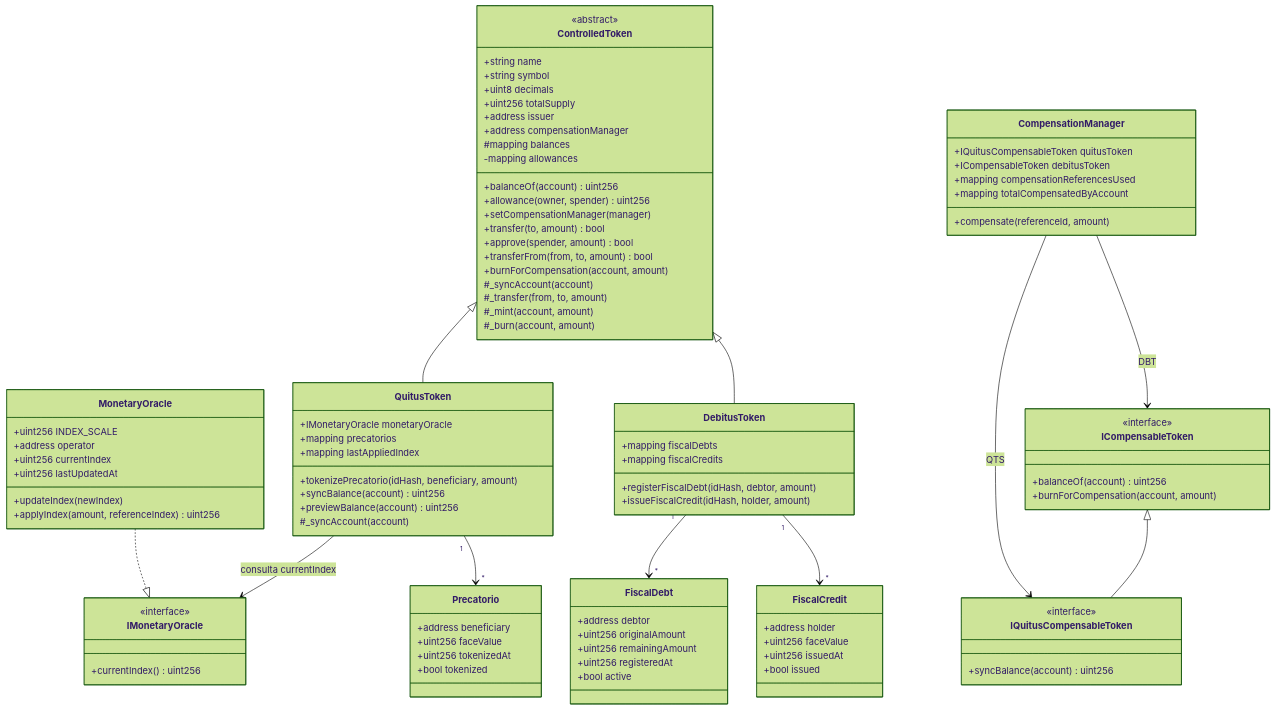
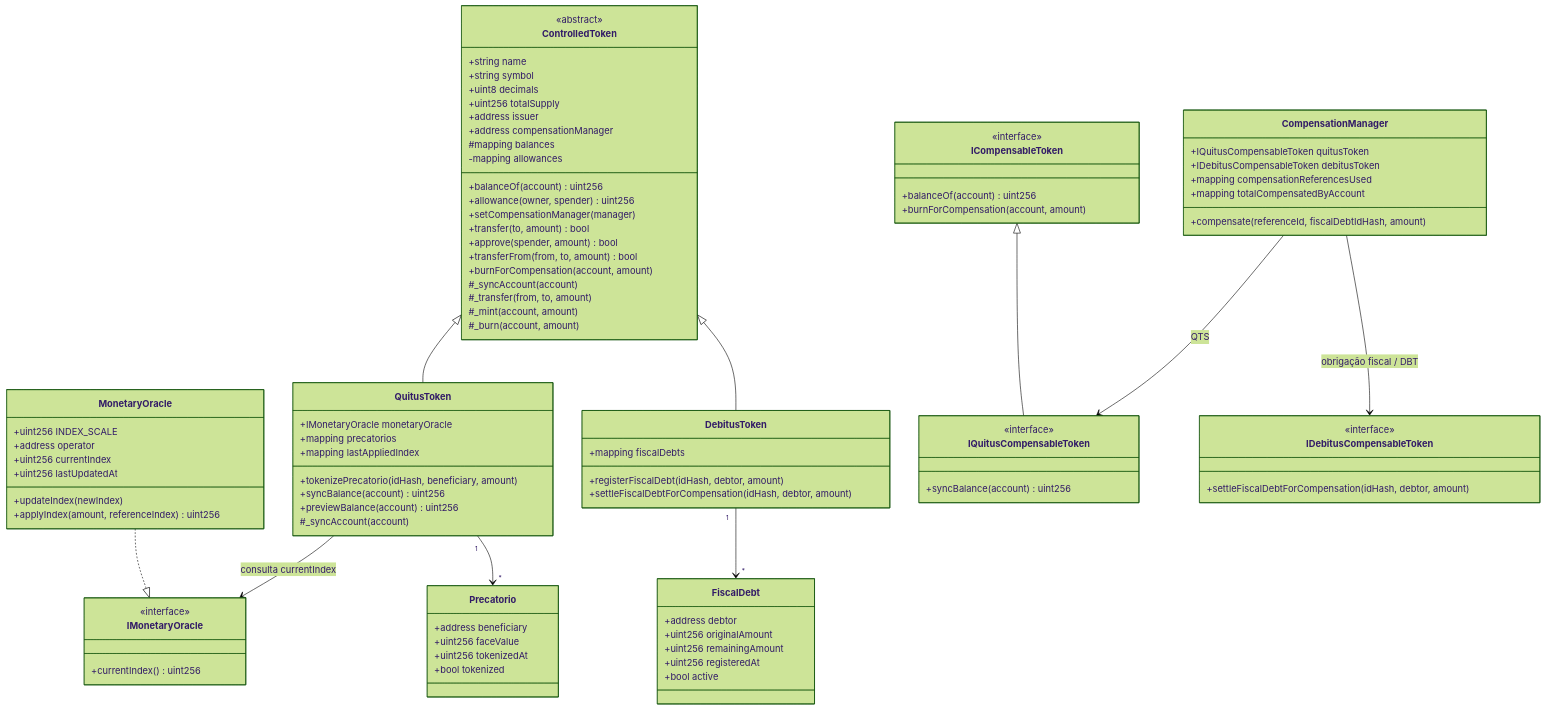
The diagram in Lab4/docs/contratos.md (Victor-droid165/blockchain), drawn with Mermaid (forest theme) before and after one commit. The commit also changed other lines of this file and 8 other files, not shown here.

````diff
--- a/Lab4/docs/contratos.md
+++ b/Lab4/docs/contratos.md
@@ -60,9 +60,8 @@
 
     class DebitusToken {
         +mapping fiscalDebts
-        +mapping fiscalCredits
         +registerFiscalDebt(idHash, debtor, amount)
-        +issueFiscalCredit(idHash, holder, amount)
+        +settleFiscalDebtForCompensation(idHash, debtor, amount)
     }
 
     class FiscalDebt {
@@ -73,19 +72,12 @@
         +bool active
     }
 
-    class FiscalCredit {
-        +address holder
-        +uint256 faceValue
-        +uint256 issuedAt
-        +bool issued
-    }
-
     class CompensationManager {
         +IQuitusCompensableToken quitusToken
-        +ICompensableToken debitusToken
+        +IDebitusCompensableToken debitusToken
         +mapping compensationReferencesUsed
         +mapping totalCompensatedByAccount
-        +compensate(referenceId, amount)
+        +compensate(referenceId, fiscalDebtIdHash, amount)
     }
 
     class ICompensableToken {
@@ -99,6 +91,11 @@
         +syncBalance(account) uint256
     }
 
+    class IDebitusCompensableToken {
+        <<interface>>
+        +settleFiscalDebtForCompensation(idHash, debtor, amount)
+    }
+
     ControlledToken <|-- QuitusToken
     ControlledToken <|-- DebitusToken
 
@@ -107,9 +104,8 @@
 
     QuitusToken "1" --> "*" Precatorio
     DebitusToken "1" --> "*" FiscalDebt
-    DebitusToken "1" --> "*" FiscalCredit
 
     ICompensableToken <|-- IQuitusCompensableToken
     CompensationManager --> IQuitusCompensableToken : QTS
-    CompensationManager --> ICompensableToken : DBT
+    CompensationManager --> IDebitusCompensableToken : obrigação fiscal / DBT
 ```
````
